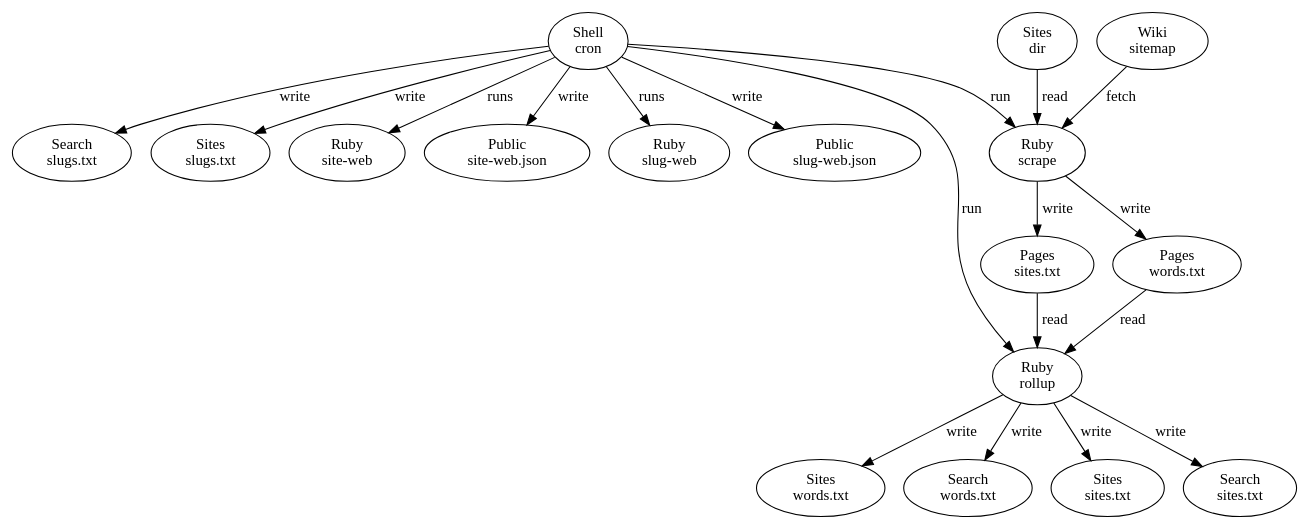
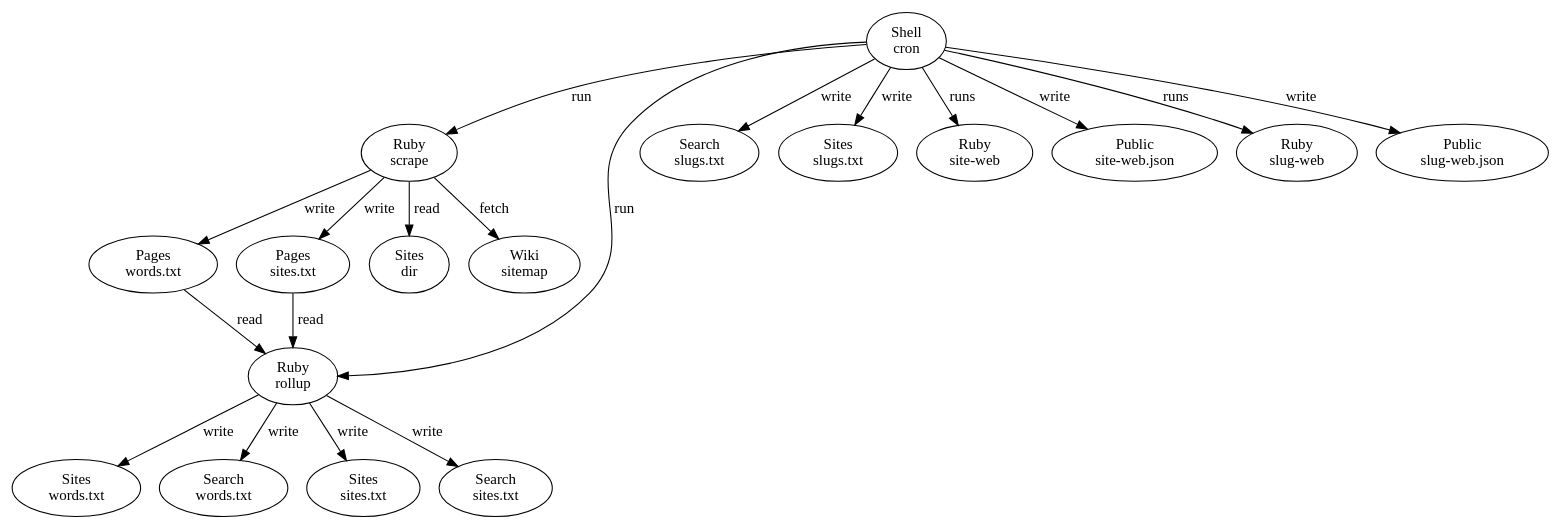
The diagram in graphs/Index.dot (WardCunningham/search), drawn with Graphviz before and after one commit. The commit also changed 2 other files, not shown here.

Commit message:
Automatic Graph Update

```diff
--- a/graphs/Index.dot
+++ b/graphs/Index.dot
@@ -1,37 +1,37 @@
 digraph {
 0 [label="Shell\ncron"]
 1 [label="Ruby\nscrape"]
 2 [label="Ruby\nrollup"]
 3 [label="Search\nslugs.txt"]
 4 [label="Sites\nslugs.txt"]
 5 [label="Ruby\nsite-web"]
 6 [label="Public\nsite-web.json"]
 7 [label="Ruby\nslug-web"]
 8 [label="Public\nslug-web.json"]
 9 [label="Pages\nwords.txt"]
 10 [label="Pages\nsites.txt"]
 11 [label="Sites\nwords.txt"]
 12 [label="Search\nwords.txt"]
 13 [label="Sites\nsites.txt"]
 14 [label="Search\nsites.txt"]
 15 [label="Sites\ndir"]
 16 [label="Wiki\nsitemap"]
 0 -> 1 [label="run"]
 0 -> 2 [label="run"]
 0 -> 3 [label="write"]
 0 -> 4 [label="write"]
 0 -> 5 [label="runs"]
 0 -> 6 [label="write"]
 0 -> 7 [label="runs"]
 0 -> 8 [label="write"]
 9 -> 2 [label="read"]
 10 -> 2 [label="read"]
 2 -> 11 [label="write"]
 2 -> 12 [label="write"]
 2 -> 13 [label="write"]
 2 -> 14 [label="write"]
-15 -> 1 [label="read"]
-16 -> 1 [label="fetch"]
+1 -> 15 [label="read"]
+1 -> 16 [label="fetch"]
 1 -> 9 [label="write"]
 1 -> 10 [label="write"]
 }
```
